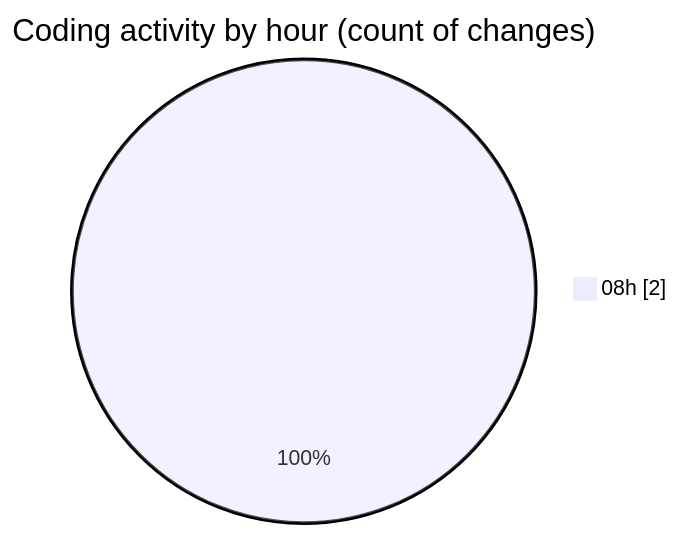
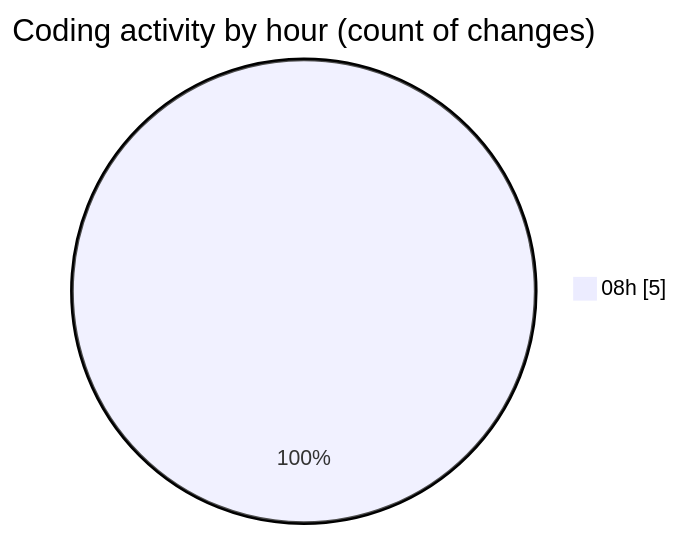
The second of 2 diagrams in 2025-02-06/mbc-web/README.md (robertbonfada/code-tracking), drawn with Mermaid before and after one commit. The commit also changed other lines of this file and 1 other file, not shown here.

````diff
--- a/2025-02-06/mbc-web/README.md
+++ b/2025-02-06/mbc-web/README.md
@@ -28,5 +30,5 @@
 ```mermaid
 pie showData
 title Coding activity by hour (count of changes)
-"08h" : 2
+"08h" : 5
 ```
````
